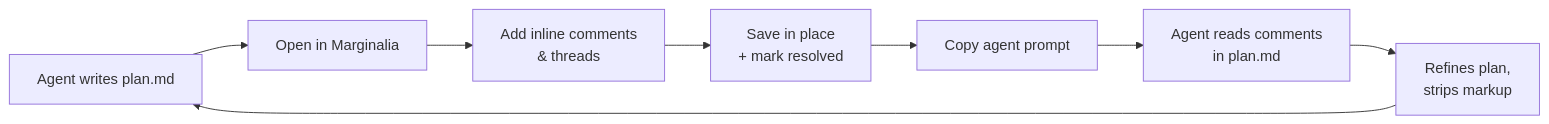
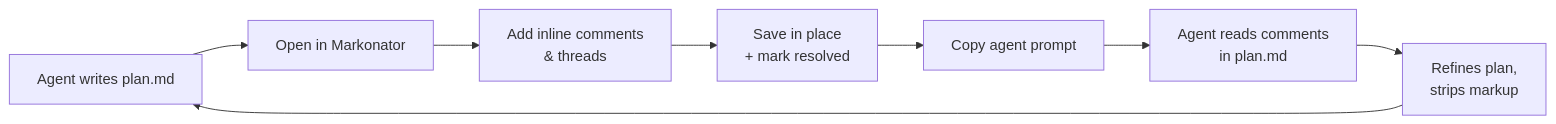
One commit to gokuljeyapaul/markonator changed the diagram in README.md. Above: the diagram before and after it, drawn with Mermaid. The commit also changed other lines of this file and 24 other files, not shown here.

First line of the commit message:
Rename: Marginalia -> Markonator (Markdown annotator)

````diff
--- a/README.md
+++ b/README.md
@@ -75,10 +75,10 @@
 ```mermaid
 flowchart LR
-    A[Agent writes plan.md] --> B[Open in Marginalia]
+    A[Agent writes plan.md] --> B[Open in Markonator]
     B --> C[Add inline comments\n& threads]
     C --> D[Save in place\n+ mark resolved]
     D --> E[Copy agent prompt]
     E --> F[Agent reads comments\nin plan.md]
     F --> G[Refines plan,\nstrips markup]
     G --> A
 ```
````
